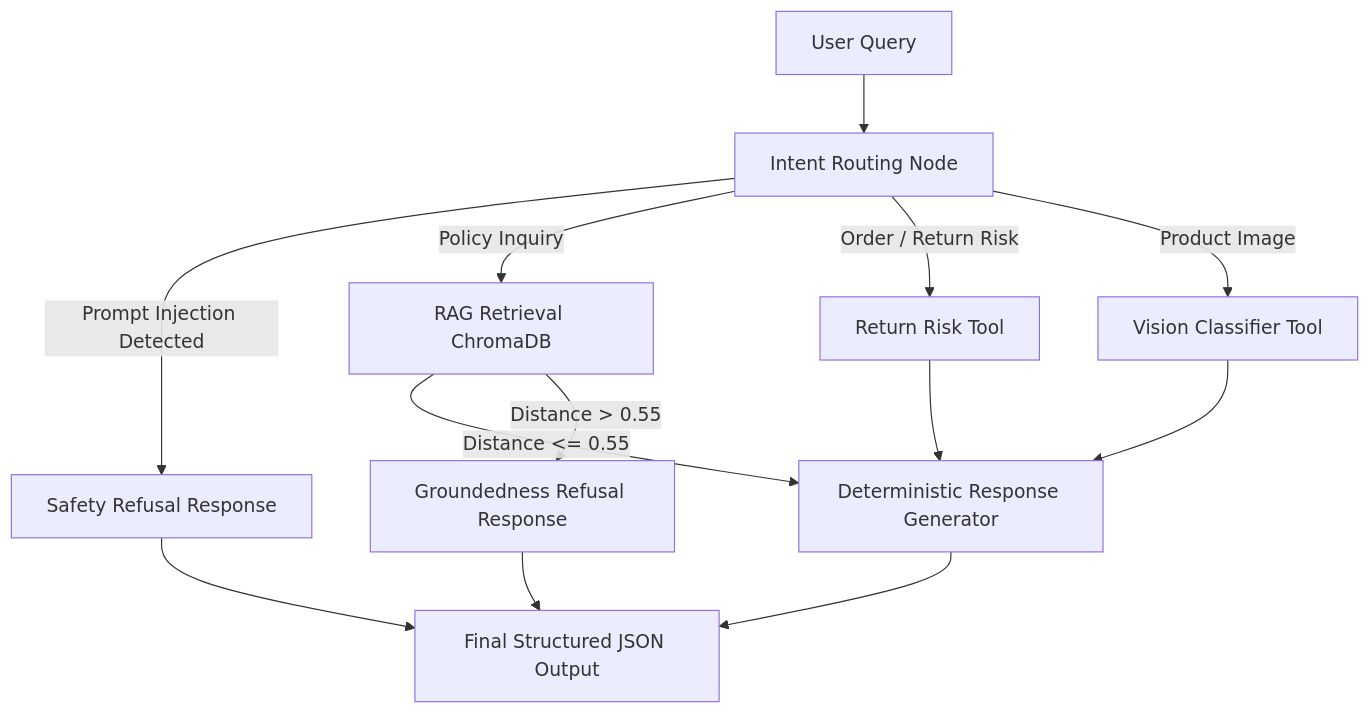
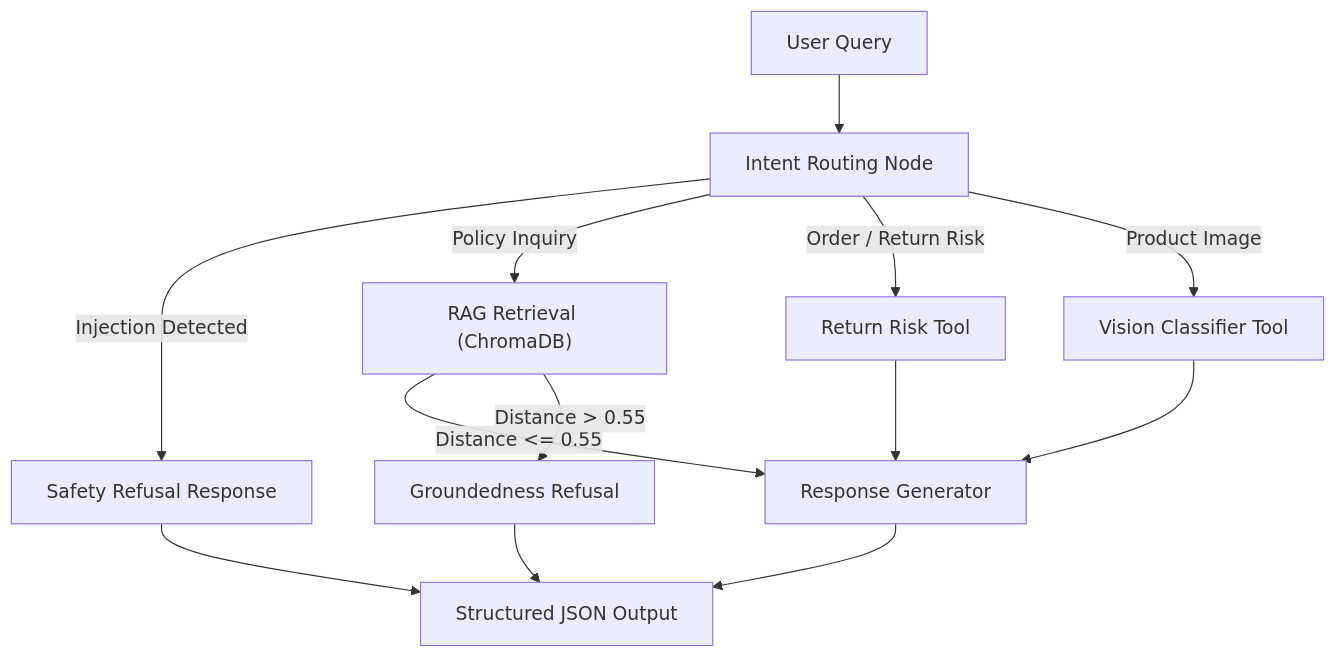
One commit to Rushikesh802/Flipkart-Order-Intelligence-Support-Assistant changed the diagram in README.md. Above: the diagram before and after it, drawn with Mermaid. The commit also changed other lines of this file, not shown here.

Commit message:
Fix GitHub Mermaid rendering and remove duplicate header in README

````diff
--- a/README.md
+++ b/README.md
@@ -396,15 +394,15 @@
 ```mermaid
-graph TD
-    A[User Query] --> B[Intent Routing Node]
-    B -->|Prompt Injection Detected| G[Safety Refusal Response]
-    B -->|Policy Inquiry| C[RAG Retrieval ChromaDB]
-    B -->|Order / Return Risk| D[Return Risk Tool]
-    B -->|Product Image| E[Vision Classifier Tool]
-    C -->|Distance <= 0.55| F[Deterministic Response Generator]
-    C -->|Distance > 0.55| H[Groundedness Refusal Response]
+flowchart TD
+    A["User Query"] --> B["Intent Routing Node"]
+    B -->|"Injection Detected"| G["Safety Refusal Response"]
+    B -->|"Policy Inquiry"| C["RAG Retrieval (ChromaDB)"]
+    B -->|"Order / Return Risk"| D["Return Risk Tool"]
+    B -->|"Product Image"| E["Vision Classifier Tool"]
+    C -->|"Distance <= 0.55"| F["Response Generator"]
+    C -->|"Distance > 0.55"| H["Groundedness Refusal"]
     D --> F
     E --> F
-    F --> I[Final Structured JSON Output]
+    F --> I["Structured JSON Output"]
     G --> I
     H --> I
 ```
````
